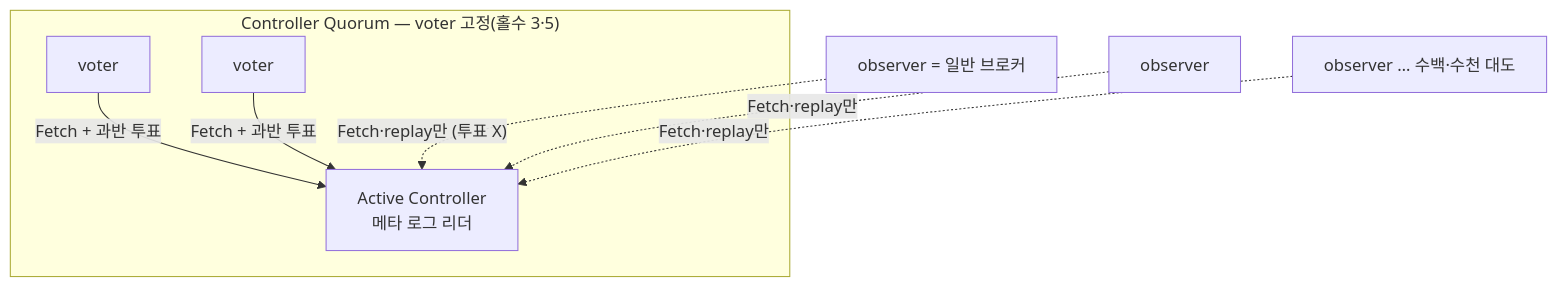
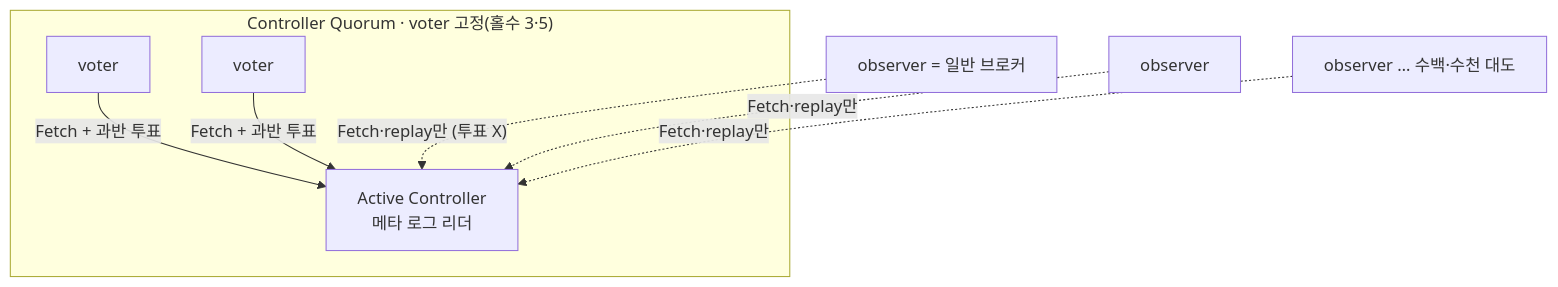
One commit to ghtjr410/kafka-lab changed the fifth of 6 diagrams in docs/book/1-internals/04-consensus.md. Above: the diagram before and after it, drawn with Mermaid. The commit also changed other lines of this file and 25 other files, not shown here.

````diff
--- a/docs/book/1-internals/04-consensus.md
+++ b/docs/book/1-internals/04-consensus.md
@@ -144,13 +144,13 @@
 ```mermaid
 graph TB
-    subgraph QUORUM["Controller Quorum — voter 고정(홀수 3·5)"]
+    subgraph QUORUM["Controller Quorum · voter 고정(홀수 3·5)"]
         AC["Active Controller<br/>메타 로그 리더"]
         V1["voter"]
         V2["voter"]
         V1 -->|"Fetch + 과반 투표"| AC
         V2 -->|"Fetch + 과반 투표"| AC
     end
     O1["observer = 일반 브로커"] -. "Fetch·replay만 (투표 X)" .-> AC
     O2["observer"] -. "Fetch·replay만" .-> AC
     O3["observer … 수백·수천 대도"] -. "Fetch·replay만" .-> AC
 ```
````
